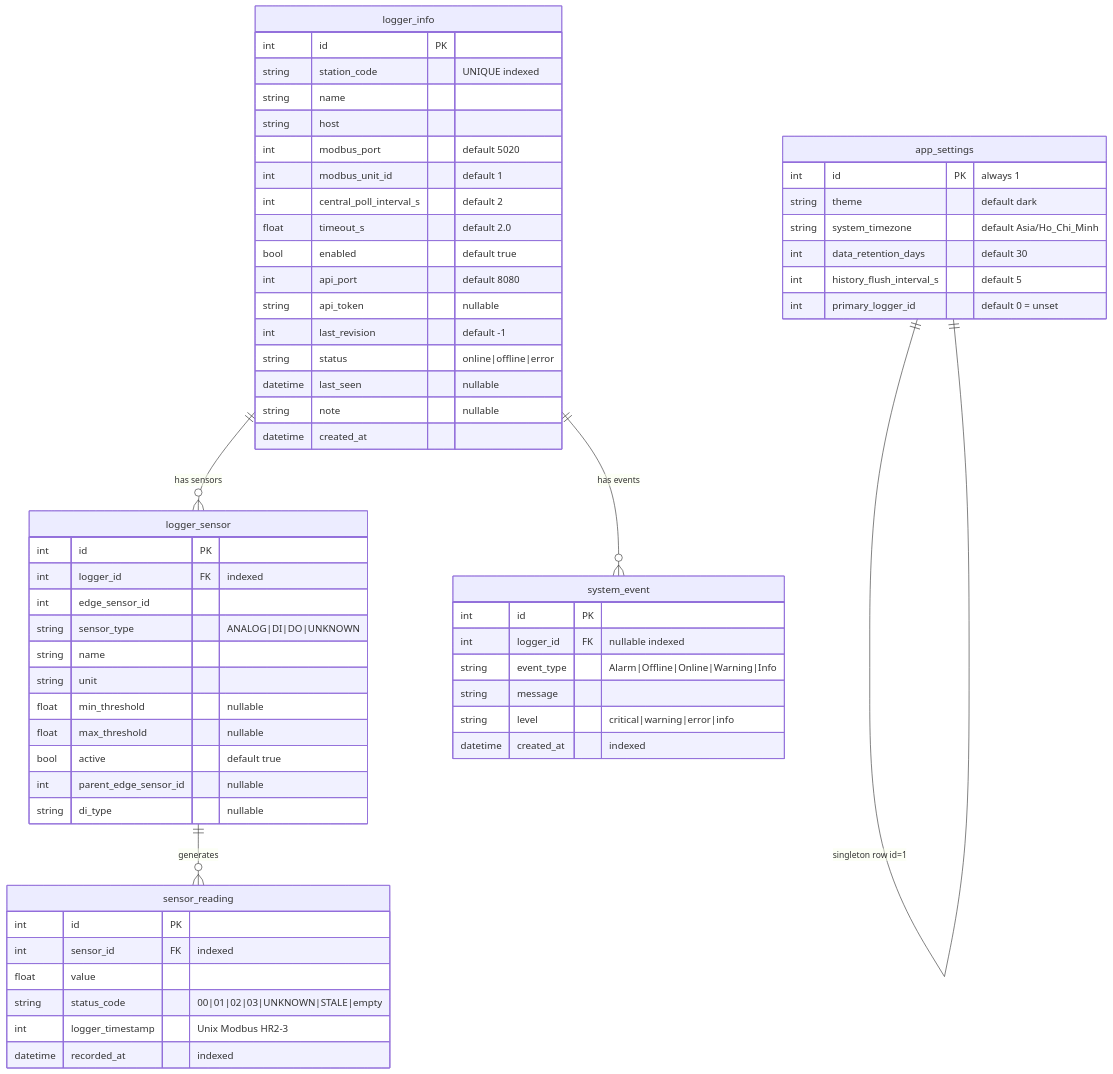
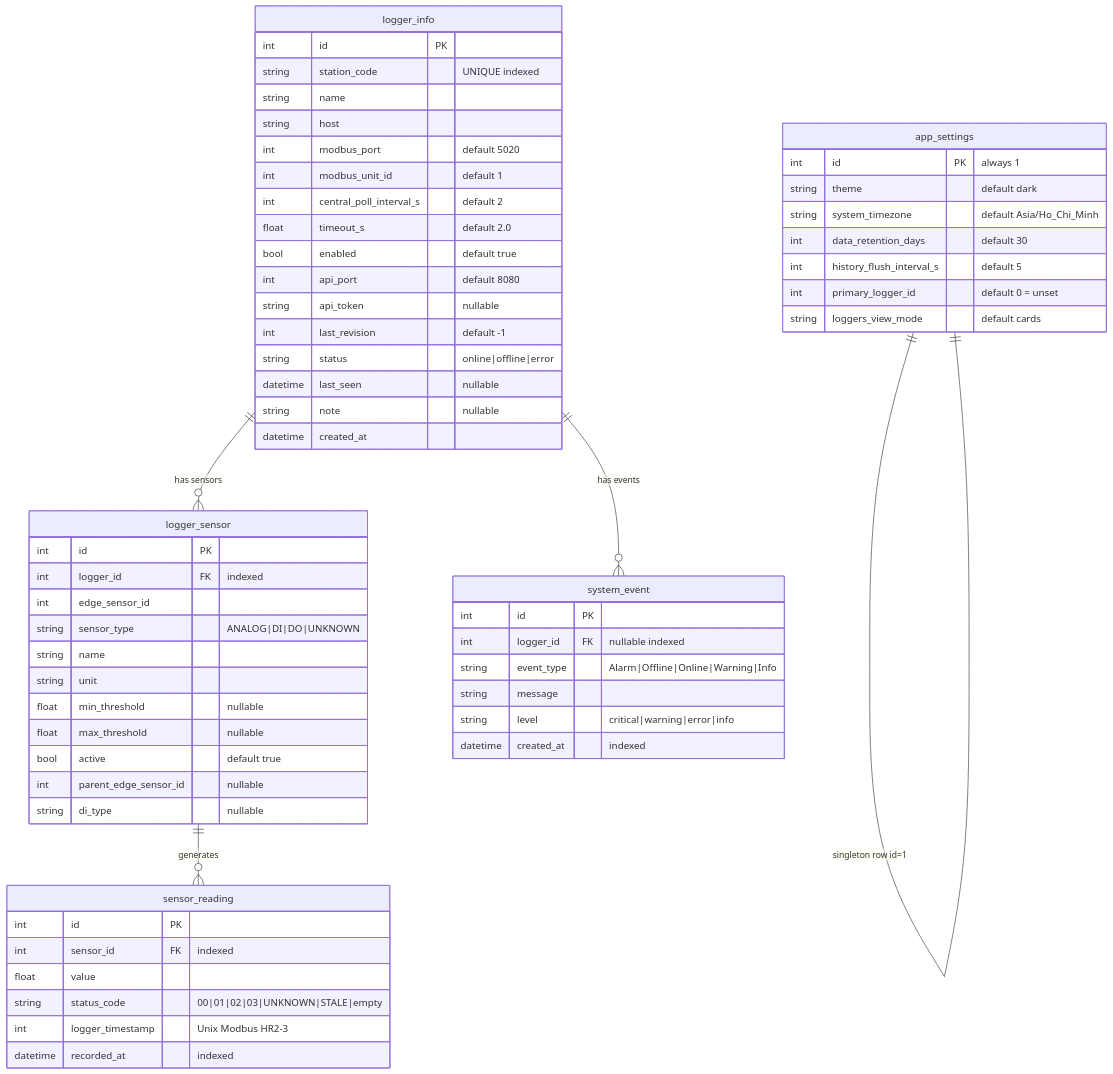
One commit to quytttb/central-logger changed the first of 2 diagrams in docs/thiet_ke_db.md. Above: the diagram before and after it, drawn with Mermaid. The commit also changed other lines of this file and 190 other files, not shown here.

````diff
--- a/docs/thiet_ke_db.md
+++ b/docs/thiet_ke_db.md
@@ -49,67 +51,68 @@
 ```mermaid
 erDiagram
     logger_info ||--o{ logger_sensor : "has sensors"
     logger_info ||--o{ system_event : "has events"
     app_settings ||--|| app_settings : "singleton row id=1"
     logger_sensor ||--o{ sensor_reading : "generates"
 
     logger_info {
         int id PK
         string station_code "UNIQUE indexed"
         string name
         string host
         int modbus_port "default 5020"
         int modbus_unit_id "default 1"
         int central_poll_interval_s "default 2"
         float timeout_s "default 2.0"
         bool enabled "default true"
         int api_port "default 8080"
         string api_token "nullable"
         int last_revision "default -1"
         string status "online|offline|error"
         datetime last_seen "nullable"
         string note "nullable"
         datetime created_at
     }
 
     logger_sensor {
         int id PK
         int logger_id FK "indexed"
         int edge_sensor_id
         string sensor_type "ANALOG|DI|DO|UNKNOWN"
         string name
         string unit
         float min_threshold "nullable"
         float max_threshold "nullable"
         bool active "default true"
         int parent_edge_sensor_id "nullable"
         string di_type "nullable"
     }
 
     sensor_reading {
         int id PK
         int sensor_id FK "indexed"
         float value
         string status_code "00|01|02|03|UNKNOWN|STALE|empty"
         int logger_timestamp "Unix Modbus HR2-3"
         datetime recorded_at "indexed"
     }
 
     system_event {
         int id PK
         int logger_id FK "nullable indexed"
         string event_type "Alarm|Offline|Online|Warning|Info"
         string message
         string level "critical|warning|error|info"
         datetime created_at "indexed"
     }
 
     app_settings {
         int id PK "always 1"
         string theme "default dark"
         string system_timezone "default Asia/Ho_Chi_Minh"
         int data_retention_days "default 30"
         int history_flush_interval_s "default 5"
         int primary_logger_id "default 0 = unset"
+        string loggers_view_mode "default cards"
     }
 ```
````
